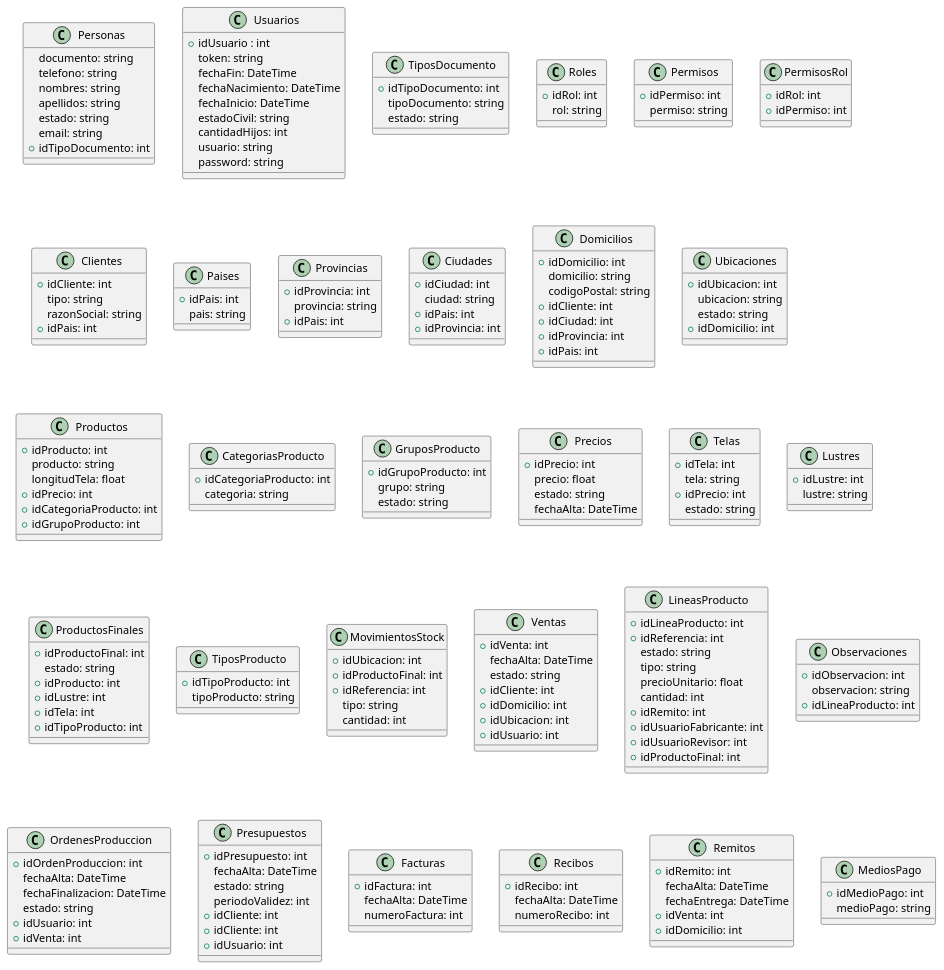
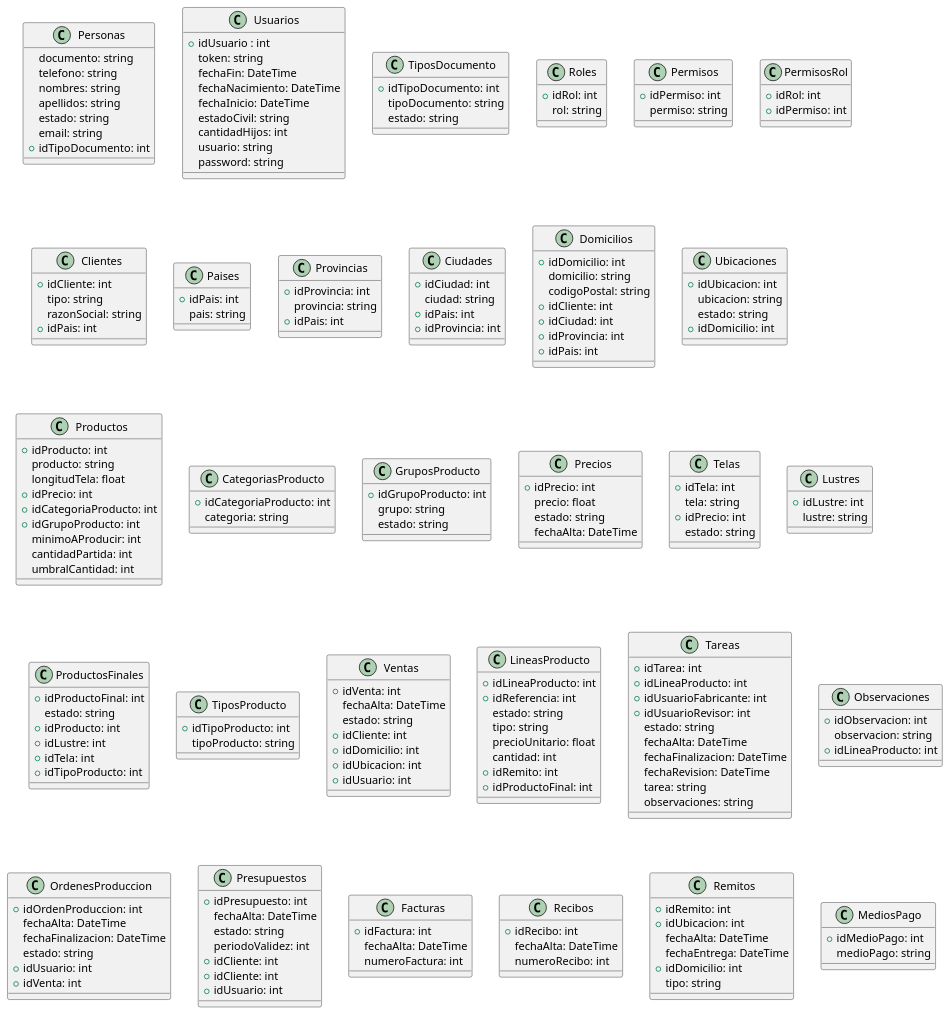
The diagram in DiagramaClases/Clases.puml (ZMGestion/DocumentacionZMGestion), drawn with PlantUML before and after one commit. The commit also changed 28 other files, not shown here.

Commit message:
Cambios DiagramaDeClases y DiagramaCasosDeUso

```diff
--- a/DiagramaClases/Clases.puml
+++ b/DiagramaClases/Clases.puml
@@ -91,6 +91,9 @@
     +idPrecio: int
     +idCategoriaProducto: int
     +idGrupoProducto: int
+    minimoAProducir: int
+    cantidadPartida: int
+    umbralCantidad: int
 }
 
 class CategoriasProducto{
@@ -137,14 +140,6 @@
     tipoProducto: string
 }
 
-class MovimientosStock{
-    +idUbicacion: int
-    +idProductoFinal: int
-    +idReferencia: int
-    tipo: string
-    cantidad: int
-}
-
 class Ventas{
     +idVenta: int
     fechaAlta: DateTime
@@ -163,9 +158,20 @@
     precioUnitario: float
     cantidad: int
     +idRemito: int
+    +idProductoFinal: int
+}
+
+class Tareas{
+    +idTarea: int
+    +idLineaProducto: int
     +idUsuarioFabricante: int
     +idUsuarioRevisor: int
-    +idProductoFinal: int
+    estado: string
+    fechaAlta: DateTime
+    fechaFinalizacion: DateTime
+    fechaRevision: DateTime
+    tarea: string
+    observaciones: string
 }
 
 class Observaciones{
@@ -207,10 +213,12 @@
 
 class Remitos{
     +idRemito: int
+    +idUbicacion: int
     fechaAlta: DateTime
     fechaEntrega: DateTime
-    +idVenta: int
     +idDomicilio: int
+    tipo: string
+
 }
 
 class MediosPago{
@@ -218,4 +226,6 @@
     medioPago: string
 }
 
+
+
 @enduml
```
